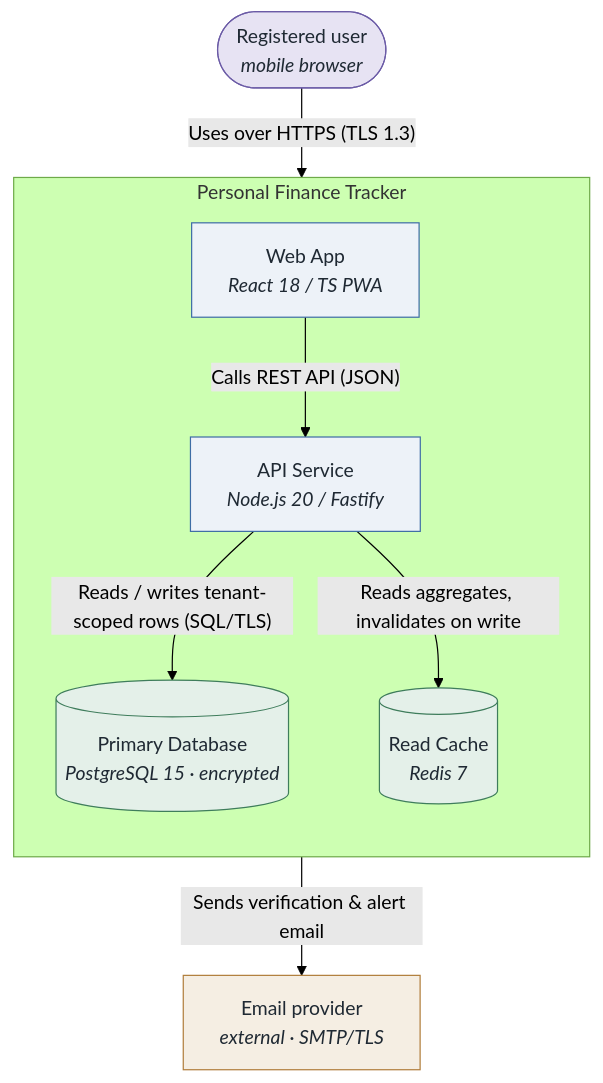
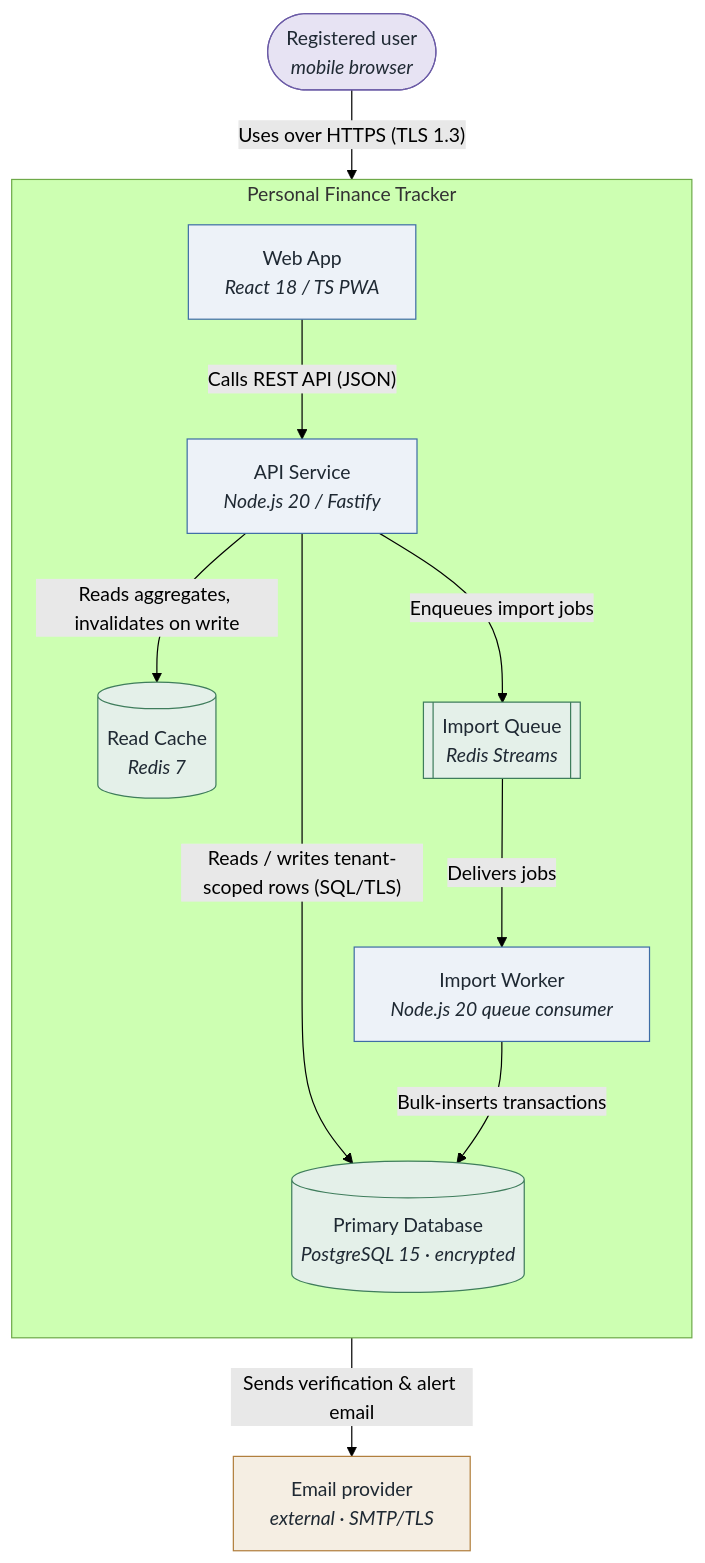
The second of 6 diagrams in examples/personal-finance-tracker-mermaid/add/personal-finance-tracker-Architecture.md (rtym/sei-architecture-methodology), drawn with Mermaid (forest theme) before and after one commit. The commit also changed other lines of this file and 67 other files, not shown here.

````diff
--- a/examples/personal-finance-tracker-mermaid/add/personal-finance-tracker-Architecture.md
+++ b/examples/personal-finance-tracker-mermaid/add/personal-finance-tracker-Architecture.md
@@ -72,27 +72,32 @@
 ```mermaid
 flowchart TB
   %% Container diagram — Personal Finance Tracker (C4 level 2)
   %% name: container
   user(["Registered user<br/><i>mobile browser</i>"])
   mail["Email provider<br/><i>external · SMTP/TLS</i>"]
   subgraph sys["Personal Finance Tracker"]
     direction TB
     spa["Web App<br/><i>React 18 / TS PWA</i>"]
     api["API Service<br/><i>Node.js 20 / Fastify</i>"]
+    worker["Import Worker<br/><i>Node.js 20 queue consumer</i>"]
     db[("Primary Database<br/><i>PostgreSQL 15 · encrypted</i>")]
     cache[("Read Cache<br/><i>Redis 7</i>")]
+    queue[["Import Queue<br/><i>Redis Streams</i>"]]
   end
   user -->|"Uses over HTTPS (TLS 1.3)"| spa
   spa -->|"Calls REST API (JSON)"| api
   api -->|"Reads / writes tenant-scoped rows (SQL/TLS)"| db
   api -->|"Reads aggregates, invalidates on write"| cache
+  api -->|"Enqueues import jobs"| queue
+  queue -->|"Delivers jobs"| worker
+  worker -->|"Bulk-inserts transactions"| db
   api -->|"Sends verification &amp; alert email"| mail
   classDef source  fill:#E7E3F3,stroke:#6B5BA6,color:#1F2933;
   classDef external fill:#F5EEE3,stroke:#B07D3B,color:#1F2933;
   classDef internal fill:#EDF2F8,stroke:#3E6DA5,color:#1F2933;
   classDef datastore fill:#E4F0E9,stroke:#3F7D5C,color:#1F2933;
   class user source
   class mail external
-  class spa,api internal
-  class db,cache datastore
+  class spa,api,worker internal
+  class db,cache,queue datastore
 ```
````
